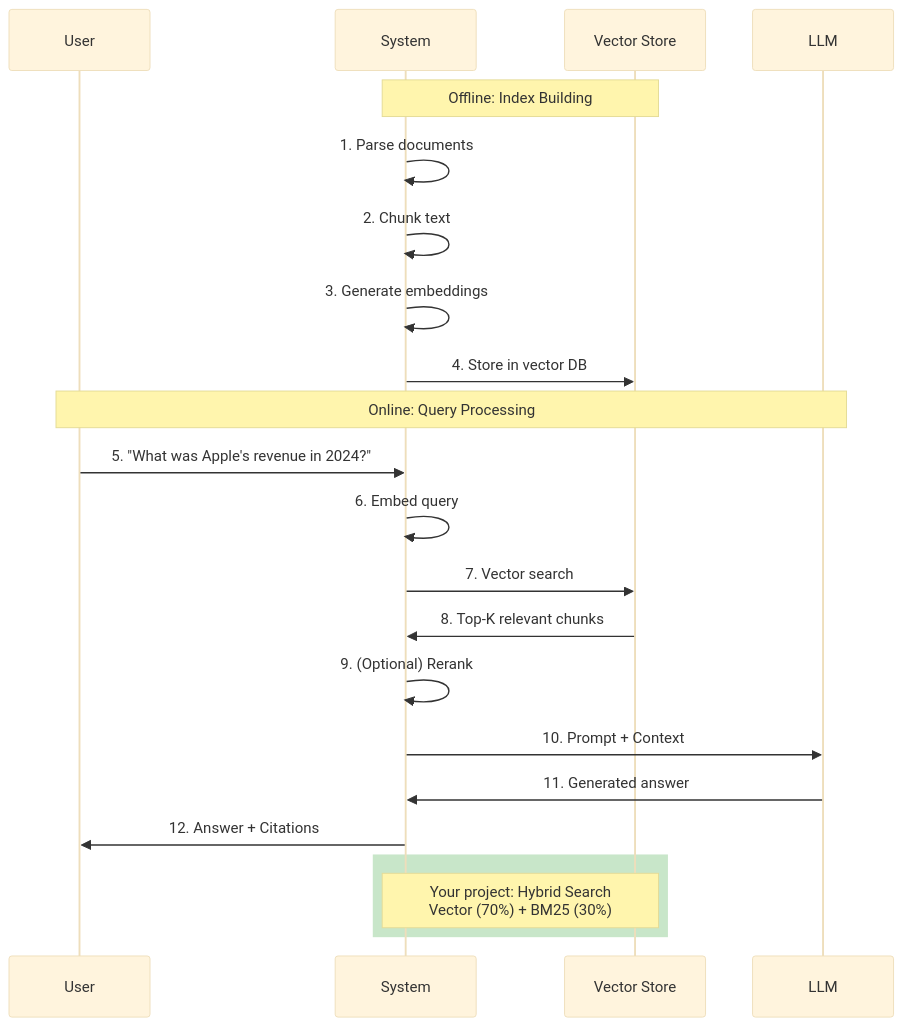
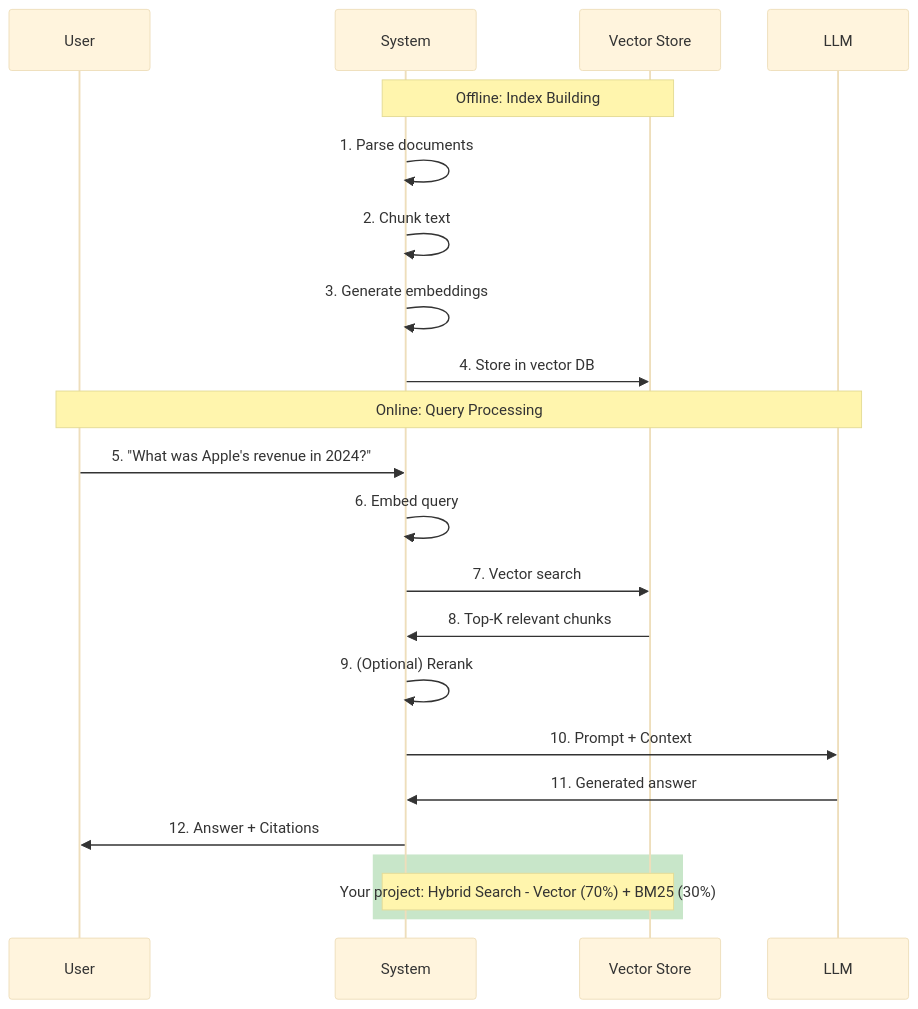
The second of 15 diagrams in docs/learning/03-rag-fundamentals.md (indhra/llm_rag_sec_findings), drawn with Mermaid (base theme) before and after one commit. The commit also changed other lines of this file and 9 other files, not shown here.

````diff
--- a/docs/learning/03-rag-fundamentals.md
+++ b/docs/learning/03-rag-fundamentals.md
@@ -68,27 +68,27 @@
 ```mermaid
 sequenceDiagram
     participant U as User
     participant S as System
     participant V as Vector Store
     participant L as LLM
     
     Note over S,V: Offline: Index Building
     S->>S: 1. Parse documents
     S->>S: 2. Chunk text
     S->>S: 3. Generate embeddings
     S->>V: 4. Store in vector DB
     
     Note over U,L: Online: Query Processing
     U->>S: 5. "What was Apple's revenue in 2024?"
     S->>S: 6. Embed query
     S->>V: 7. Vector search
     V->>S: 8. Top-K relevant chunks
     S->>S: 9. (Optional) Rerank
     S->>L: 10. Prompt + Context
     L->>S: 11. Generated answer
     S->>U: 12. Answer + Citations
     
     rect rgb(200, 230, 201)
-        Note over S,V: Your project: Hybrid Search<br/>Vector (70%) + BM25 (30%)
+        Note over S,V: Your project: Hybrid Search - Vector (70%) + BM25 (30%)
     end
 ```
````
